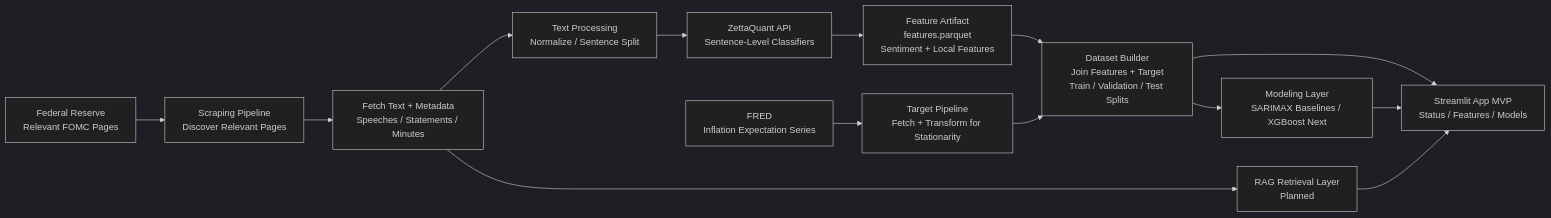
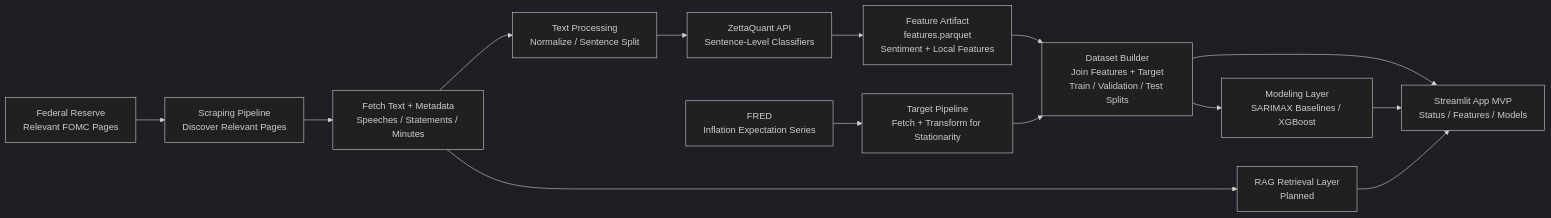
One commit to EladBenjo/fomc-forecasting changed the diagram in README.md. Above: the diagram before and after it, drawn with Mermaid (dark theme). The commit also changed other lines of this file and 11 other files, not shown here.

````diff
--- a/README.md
+++ b/README.md
@@ -24,21 +24,21 @@
 ```mermaid
 flowchart LR
     A[Federal Reserve<br/>Relevant FOMC Pages]
     B[FRED<br/>Inflation Expectation Series]
 
     A --> D[Scraping Pipeline<br/>Discover Relevant Pages]
     D --> E[Fetch Text + Metadata<br/>Speeches / Statements / Minutes]
     E --> S[Text Processing<br/>Normalize / Sentence Split]
     S --> Z[ZettaQuant API<br/>Sentence-Level Classifiers]
     Z --> F[Feature Artifact<br/>features.parquet<br/>Sentiment + Local Features]
 
     B --> G[Target Pipeline<br/>Fetch + Transform for Stationarity]
     F --> H[Dataset Builder<br/>Join Features + Target<br/>Train / Validation / Test Splits]
     G --> H
 
-    H --> I[Modeling Layer<br/>SARIMAX Baselines / XGBoost Next]
+    H --> I[Modeling Layer<br/>SARIMAX Baselines / XGBoost]
     H --> K[Streamlit App MVP<br/>Status / Features / Models]
     I --> K
     E --> J[RAG Retrieval Layer<br/>Planned]
     J --> K
 ```
````
